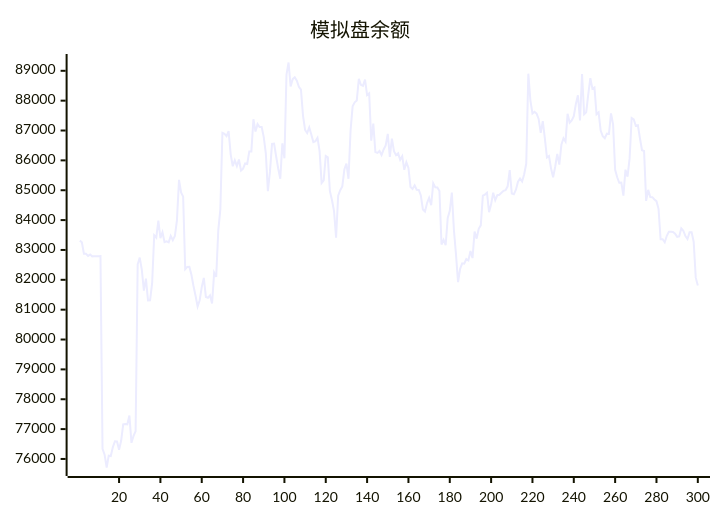
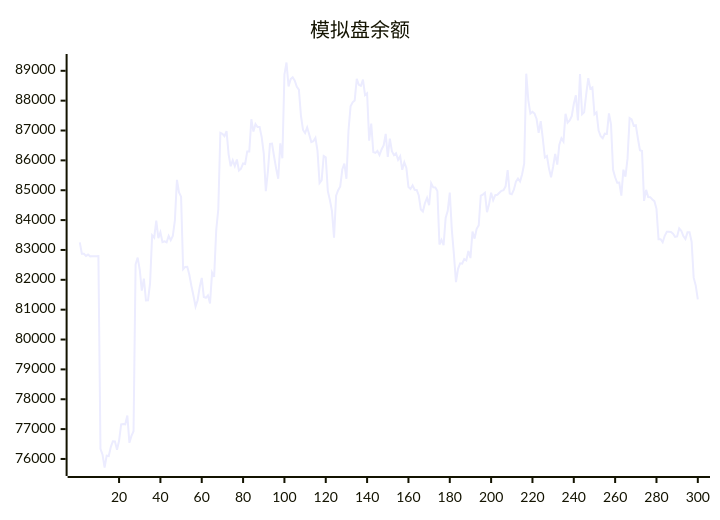
Before and after one commit to aahl/ai-trading: the diagram in README.md, drawn with Mermaid. The commit also changed other lines of this file and 1 other file, not shown here.

````diff
--- a/README.md
+++ b/README.md
@@ -5,5 +5,5 @@
 ```mermaid
 xychart
     title "模拟盘余额"
-    line [83313,83256,82872,82873,82801,82844,82785,82791,82791,82793,82794,76339,76145,75714,76110,76096,76397,76594,76585,76310,76607,77160,77170,77160,77456,76541,76774,76927,82520,82744,82337,81639,82040,81307,81314,81887,83490,83414,83984,83396,83594,83261,83287,83253,83470,83327,83465,83987,85348,84930,84786,82355,82433,82438,82167,81795,81466,81105,81315,81756,82064,81426,81398,81481,81210,82242,82099,83658,84359,86925,86892,86814,86980,86203,85802,86003,85811,86028,85657,85721,85896,85880,86300,86299,87378,86965,87214,87115,87118,86780,86238,84966,85623,86555,86562,86129,85722,85387,86569,86070,88870,89278,88477,88720,88781,88668,88467,88372,87493,87018,86917,87102,86870,86613,86644,86758,86317,85242,85334,86149,86106,84968,84671,84302,83410,84816,85001,85127,85693,85891,85384,87001,87811,87945,88007,88734,88528,88495,88705,88189,88248,86662,87234,86279,86251,86314,86177,86364,86503,86886,86114,86731,86310,86176,86240,86017,86136,85685,85938,85749,85111,85044,85164,85016,85008,84824,84354,84287,84572,84745,84500,85234,85096,85095,84970,83180,83338,83157,84070,84309,84922,83667,82850,81924,82369,82552,82539,82695,82648,82962,82728,83619,83378,83710,83825,84819,84854,84917,84265,84527,84919,84668,84834,84850,84916,84981,85004,85131,85674,84891,84864,85019,85284,85393,85294,85538,85894,88904,88012,87567,87625,87568,87386,86920,87313,86737,86094,86143,85725,85437,85787,86219,85859,86526,86740,86630,87563,87264,87335,87483,87886,88180,87335,88894,87544,87608,88207,88755,88401,88444,87543,87608,87000,86810,86740,86894,86884,87576,87209,85686,85435,85251,85255,84820,85689,85453,86066,87420,87373,87161,87178,86740,86341,86315,84643,85012,84772,84768,84690,84635,84376,83360,83357,83259,83474,83608,83606,83602,83548,83440,83454,83724,83644,83464,83365,83590,83592,83275,82072,81806]
+    line [83256,82872,82873,82801,82844,82785,82791,82791,82793,82794,76339,76145,75714,76110,76096,76397,76594,76585,76310,76607,77160,77170,77160,77456,76541,76774,76927,82520,82744,82337,81639,82040,81307,81314,81887,83490,83414,83984,83396,83594,83261,83287,83253,83470,83327,83465,83987,85348,84930,84786,82355,82433,82438,82167,81795,81466,81105,81315,81756,82064,81426,81398,81481,81210,82242,82099,83658,84359,86925,86892,86814,86980,86203,85802,86003,85811,86028,85657,85721,85896,85880,86300,86299,87378,86965,87214,87115,87118,86780,86238,84966,85623,86555,86562,86129,85722,85387,86569,86070,88870,89278,88477,88720,88781,88668,88467,88372,87493,87018,86917,87102,86870,86613,86644,86758,86317,85242,85334,86149,86106,84968,84671,84302,83410,84816,85001,85127,85693,85891,85384,87001,87811,87945,88007,88734,88528,88495,88705,88189,88248,86662,87234,86279,86251,86314,86177,86364,86503,86886,86114,86731,86310,86176,86240,86017,86136,85685,85938,85749,85111,85044,85164,85016,85008,84824,84354,84287,84572,84745,84500,85234,85096,85095,84970,83180,83338,83157,84070,84309,84922,83667,82850,81924,82369,82552,82539,82695,82648,82962,82728,83619,83378,83710,83825,84819,84854,84917,84265,84527,84919,84668,84834,84850,84916,84981,85004,85131,85674,84891,84864,85019,85284,85393,85294,85538,85894,88904,88012,87567,87625,87568,87386,86920,87313,86737,86094,86143,85725,85437,85787,86219,85859,86526,86740,86630,87563,87264,87335,87483,87886,88180,87335,88894,87544,87608,88207,88755,88401,88444,87543,87608,87000,86810,86740,86894,86884,87576,87209,85686,85435,85251,85255,84820,85689,85453,86066,87420,87373,87161,87178,86740,86341,86315,84643,85012,84772,84768,84690,84635,84376,83360,83357,83259,83474,83608,83606,83602,83548,83440,83454,83724,83644,83464,83365,83590,83592,83275,82072,81806,81344]
 ```
````
